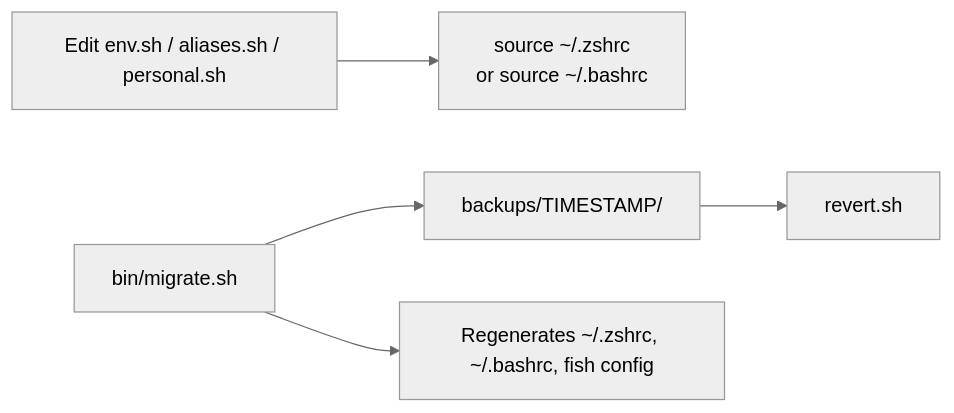
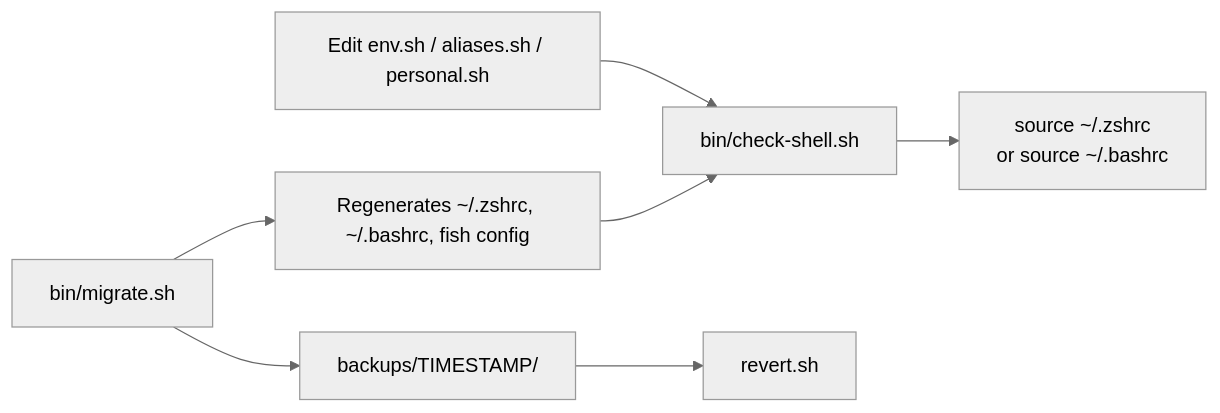
The ninth of 9 diagrams in shell.md (p10ns11y/shellyxz.sh), drawn with Mermaid (neutral theme) before and after one commit. The commit also changed other lines of this file and 3 other files, not shown here.

````diff
--- a/shell.md
+++ b/shell.md
@@ -312,7 +300,9 @@
 ```mermaid
 flowchart LR
-    edit["Edit env.sh / aliases.sh / personal.sh"] --> source["source ~/.zshrc<br/>or source ~/.bashrc"]
+    edit["Edit env.sh / aliases.sh / personal.sh"] --> check["bin/check-shell.sh"]
+    check --> source["source ~/.zshrc<br/>or source ~/.bashrc"]
     migrate["bin/migrate.sh"] --> backup["backups/TIMESTAMP/"]
     backup --> revert["revert.sh"]
     migrate --> regen["Regenerates ~/.zshrc, ~/.bashrc, fish config"]
+    regen --> check
 ```
````
